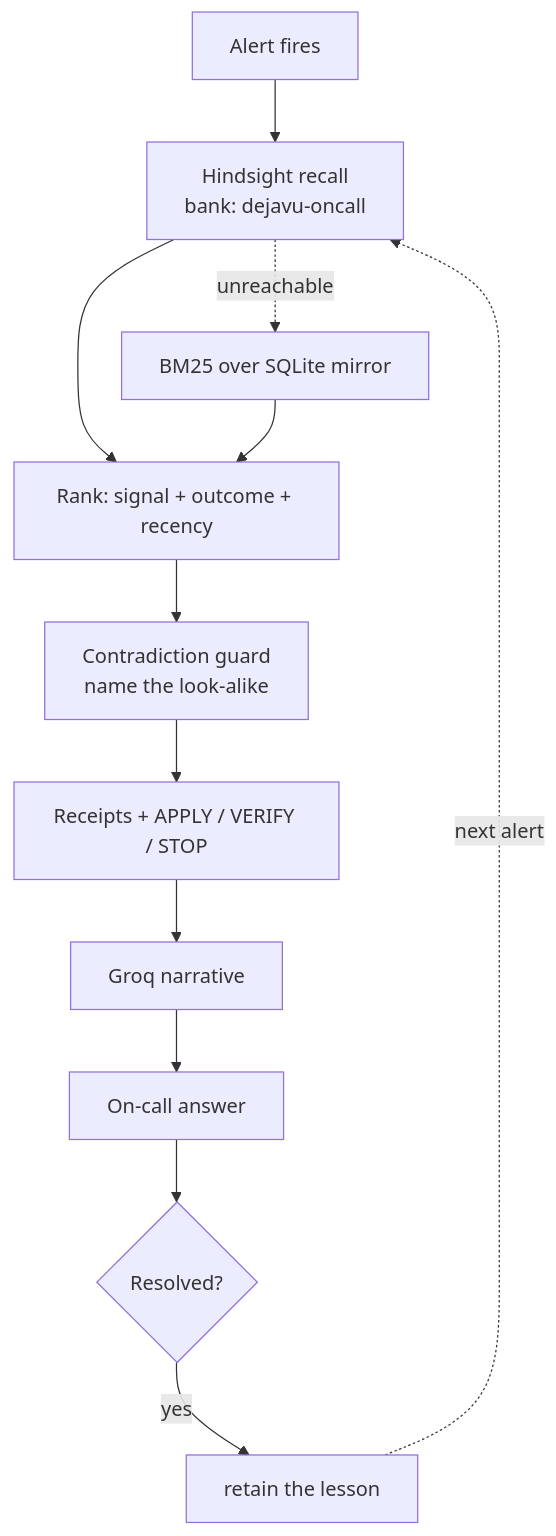
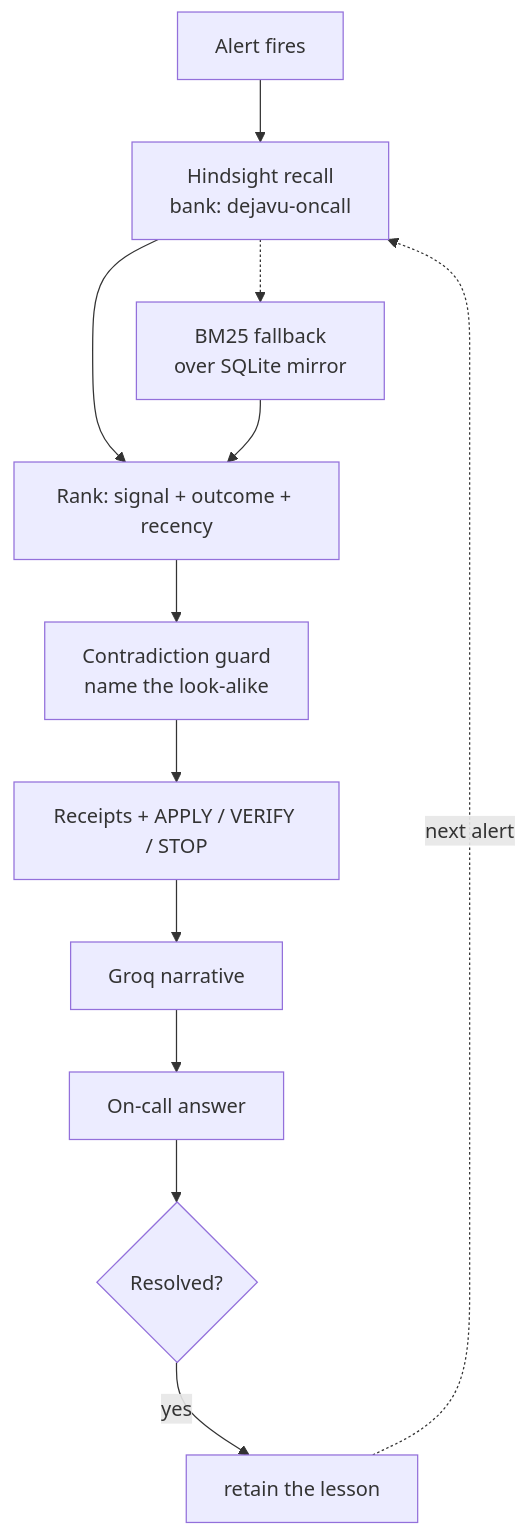
One commit to abinivesh-m/dejavu changed the diagram in README.md. Above: the diagram before and after it, drawn with Mermaid.

Commit message:
Label the BM25 mirror on its node instead of a cramped edge label

````diff
--- a/README.md
+++ b/README.md
@@ -126,14 +126,14 @@
 ```mermaid
 flowchart TD
     A[Alert fires] --> B[Hindsight recall<br/>bank: dejavu-oncall]
-    B -. unreachable .-> D[BM25 over SQLite mirror]
+    B -.-> D[BM25 fallback<br/>over SQLite mirror]
     B --> C[Rank: signal + outcome + recency]
     D --> C
     C --> E[Contradiction guard<br/>name the look-alike]
     E --> F[Receipts + APPLY / VERIFY / STOP]
     F --> G[Groq narrative]
     G --> H[On-call answer]
     H --> I{Resolved?}
     I -- yes --> J[retain the lesson]
     J -. next alert .-> B
 ```
````
